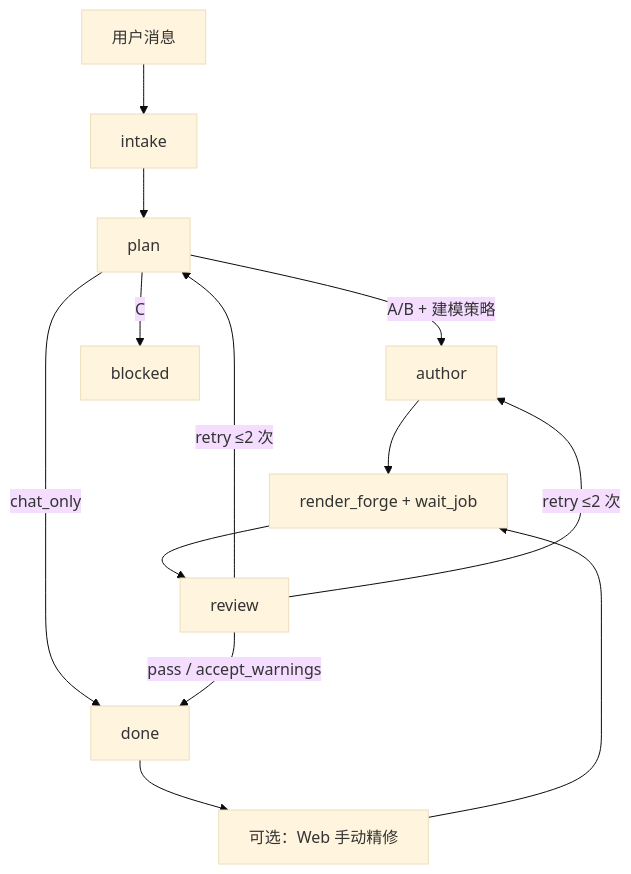
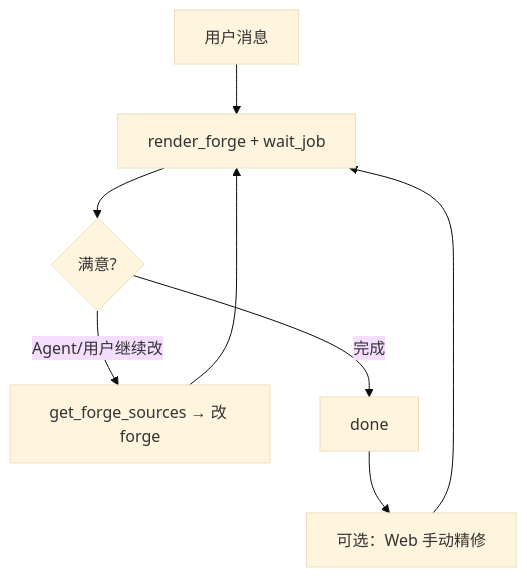
Before and after one commit to manwjh/Notion3D: the diagram in docs/design-pipeline.md, drawn with Mermaid (base theme). The commit also changed other lines of this file and 91 other files, not shown here.

First line of the commit message:
Adopt render-first Forge modeling with assembly validation and agent activity UI.

````diff
--- a/docs/design-pipeline.md
+++ b/docs/design-pipeline.md
@@ -7,15 +7,10 @@
 ```mermaid
 flowchart TD
-  U[用户消息] --> I[intake]
-  I --> P[plan]
-  P -->|A/B + 建模策略| A[author]
-  P -->|C| Blocked[blocked]
-  P -->|chat_only| Done[done]
-  A --> R[render_forge + wait_job]
-  R --> V[review]
-  V -->|pass / accept_warnings| Done
-  V -->|retry ≤2 次| P
-  V -->|retry ≤2 次| A
+  U[用户消息] --> R[render_forge + wait_job]
+  R --> F{满意?}
+  F -->|Agent/用户继续改| E[get_forge_sources → 改 forge]
+  E --> R
+  F -->|完成| Done[done]
   Done --> Manual[可选：Web 手动精修]
   Manual --> R
 ```
````
